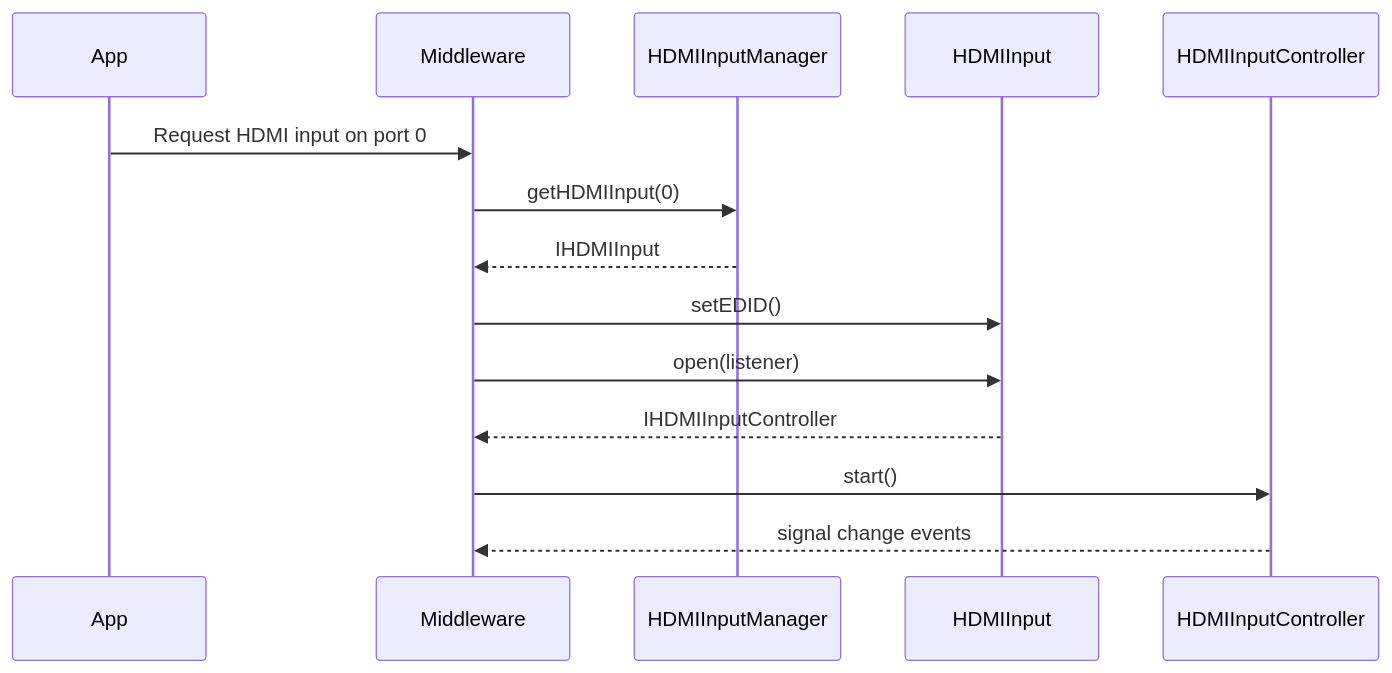
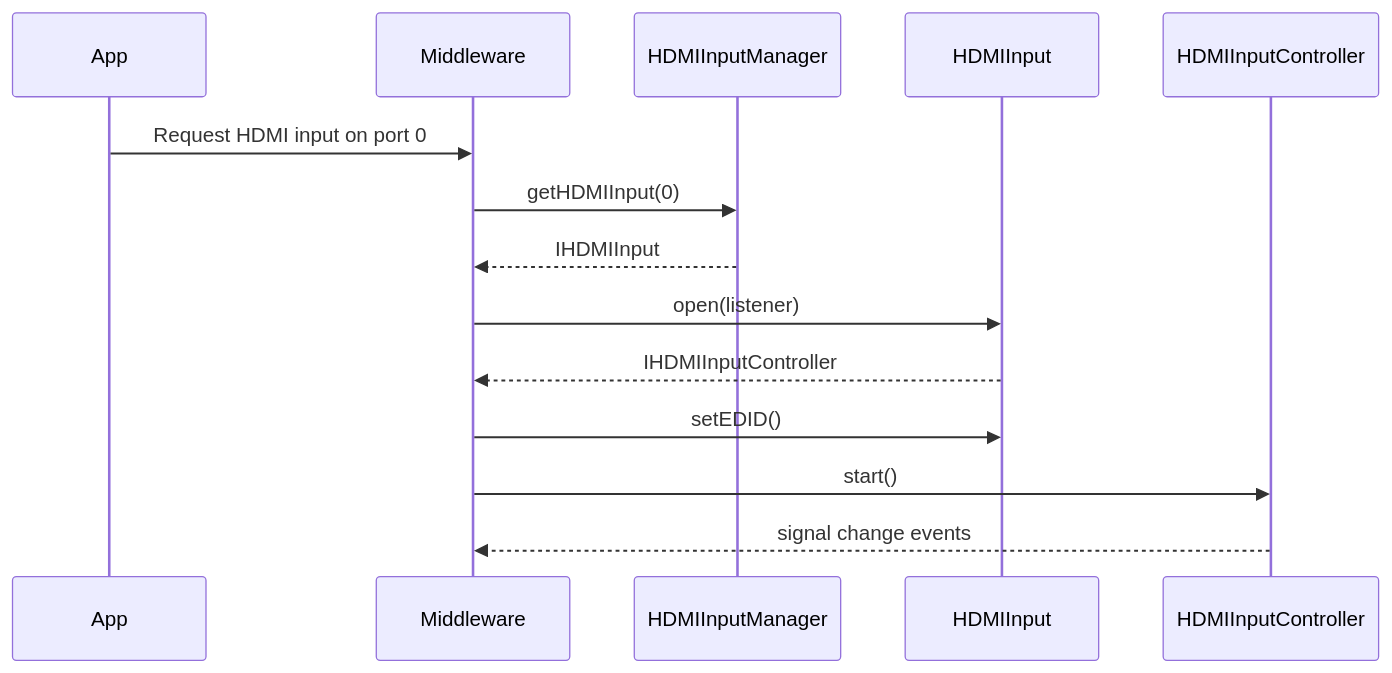
One commit to rdkcentral/rdk-halif-aidl changed the first of 2 diagrams in docs/halif/hdmi_input/current/hdmi_input.md. Above: the diagram before and after it, drawn with Mermaid. The commit also changed other lines of this file and 12 other files, not shown here.

````diff
--- a/docs/halif/hdmi_input/current/hdmi_input.md
+++ b/docs/halif/hdmi_input/current/hdmi_input.md
@@ -102,17 +100,17 @@
 ```mermaid
 sequenceDiagram
     participant App
     participant Middleware
     participant HDMIInputManager
     participant HDMIInput
     participant HDMIInputController
 
     App->>Middleware: Request HDMI input on port 0
     Middleware->>HDMIInputManager: getHDMIInput(0)
     HDMIInputManager-->>Middleware: IHDMIInput
-    Middleware->>HDMIInput: setEDID()
     Middleware->>HDMIInput: open(listener)
     HDMIInput-->>Middleware: IHDMIInputController
+    Middleware->>HDMIInput: setEDID()
     Middleware->>HDMIInputController: start()
     HDMIInputController-->>Middleware: signal change events
 ```
````
